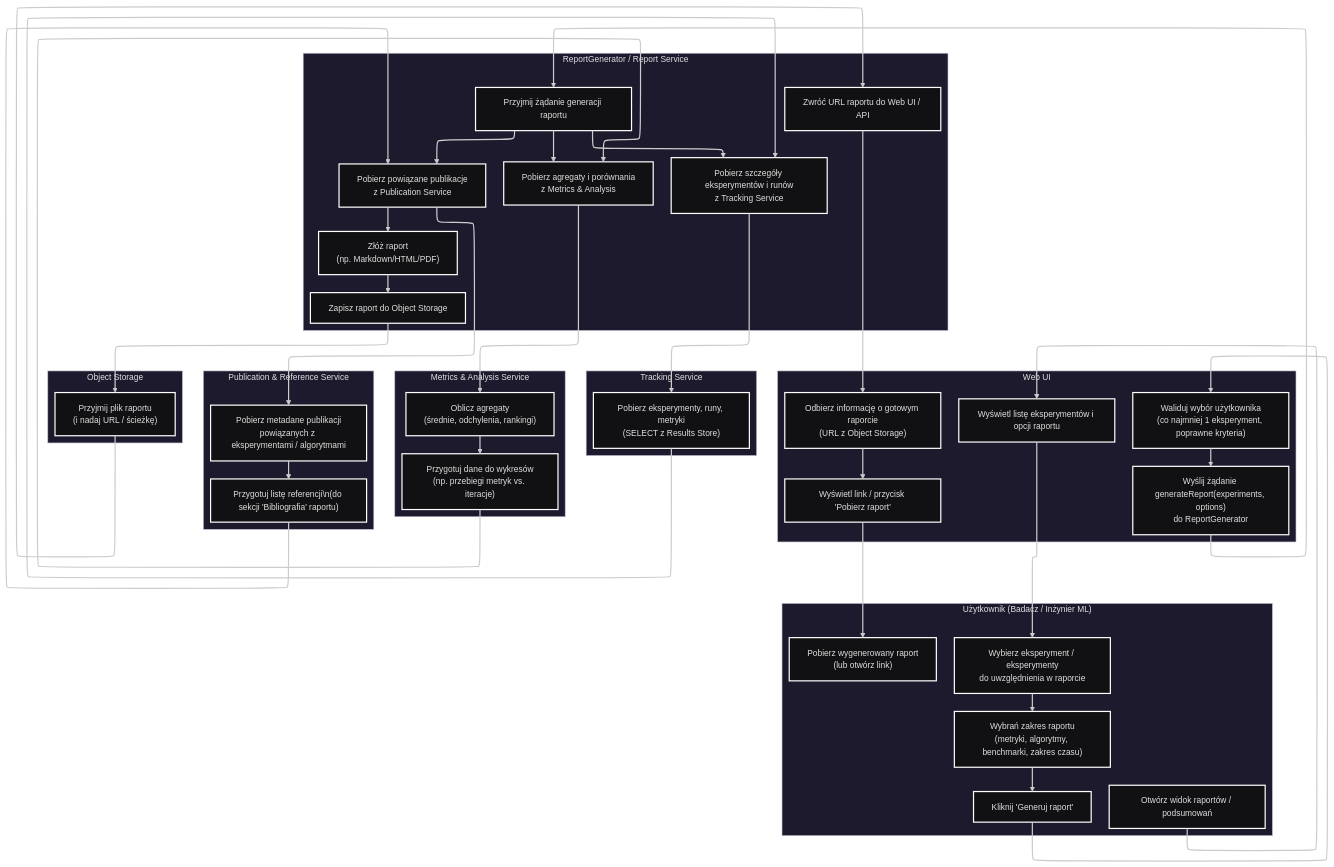
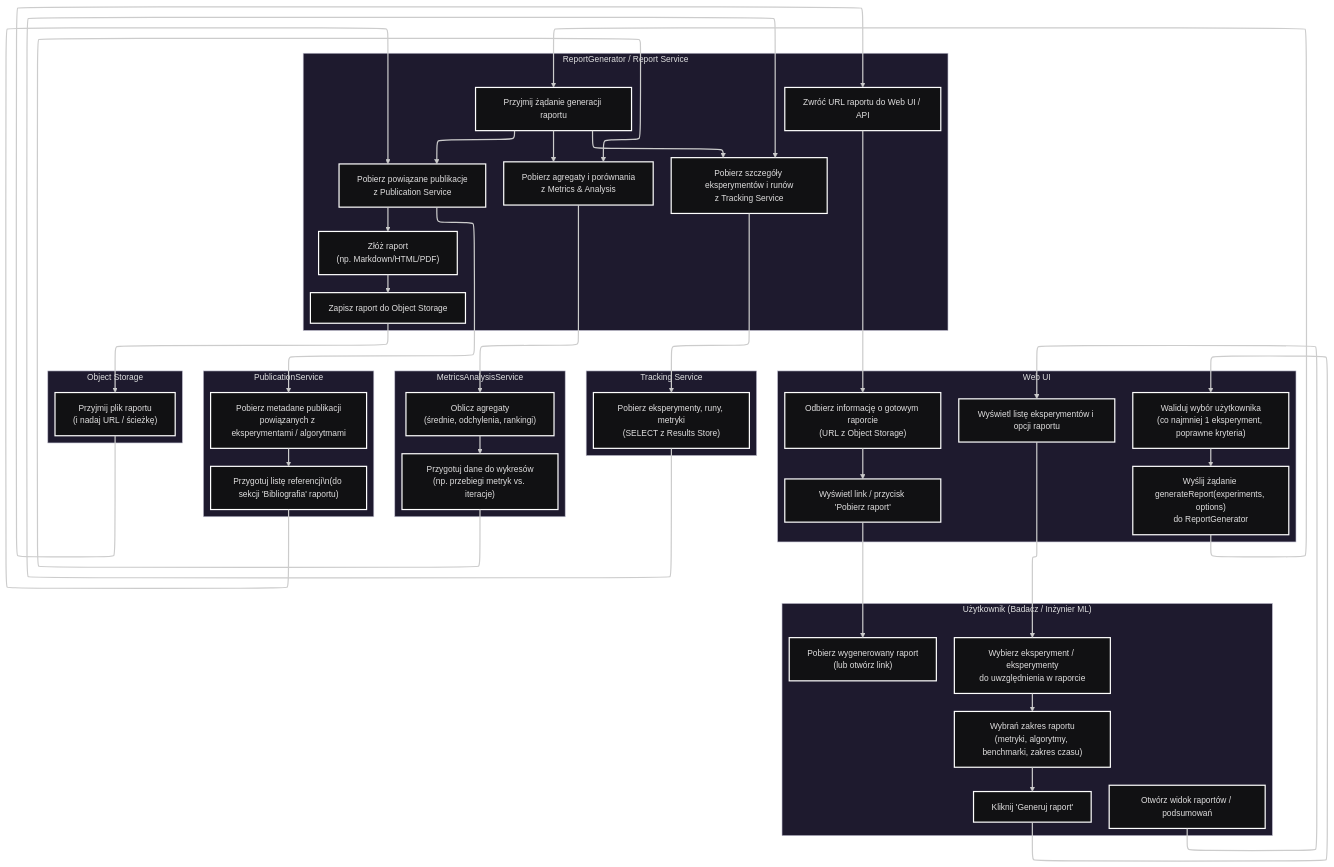
Diagram 34 of 35 in docs/system_c4_architecture.md (jedrzejpolaczek/aviarium.corvidae.corvus_corone), drawn with Mermaid before and after one commit. The commit also changed other lines of this file, not shown here.

````diff
--- a/docs/system_c4_architecture.md
+++ b/docs/system_c4_architecture.md
@@ -2472,70 +2866,70 @@
 ```mermaid
 ---
 config:
   layout: elk
   theme: redux-dark
 ---
 flowchart TB
  subgraph USER["Użytkownik (Badacz / Inżynier ML)"]
         U1["Otwórz widok raportów / podsumowań"]
         U2["Wybierz eksperyment / eksperymenty\ndo uwzględnienia w raporcie"]
         U3["Wybrań zakres raportu\n(metryki, algorytmy, benchmarki, zakres czasu)"]
         U4@{ label: "Kliknij 'Generuj raport'" }
         U5["Pobierz wygenerowany raport\n(lub otwórz link)"]
   end
  subgraph UI["Web UI"]
         W1["Wyświetl listę eksperymentów i opcji raportu"]
         W2["Waliduj wybór użytkownika\n(co najmniej 1 eksperyment, poprawne kryteria)"]
         W3["Wyślij żądanie generateReport(experiments, options)\ndo ReportGenerator"]
         W4["Odbierz informację o gotowym raporcie\n(URL z Object Storage)"]
         W5@{ label: "Wyświetl link / przycisk 'Pobierz raport'" }
   end
  subgraph REP["ReportGenerator / Report Service"]
         R1["Przyjmij żądanie generacji raportu"]
         R2["Pobierz szczegóły eksperymentów i runów\nz Tracking Service"]
         R3["Pobierz agregaty i porównania\nz Metrics & Analysis"]
         R4["Pobierz powiązane publikacje\nz Publication Service"]
         R5["Złóż raport\n(np. Markdown/HTML/PDF)"]
         R6["Zapisz raport do Object Storage"]
         R7["Zwróć URL raportu do Web UI / API"]
   end
  subgraph TRK["Tracking Service"]
         T1["Pobierz eksperymenty, runy, metryki\n(SELECT z Results Store)"]
   end
- subgraph MNA["Metrics & Analysis Service"]
+ subgraph MNA["MetricsAnalysisService"]
         M1["Oblicz agregaty\n(średnie, odchylenia, rankingi)"]
         M2["Przygotuj dane do wykresów\n(np. przebiegi metryk vs. iteracje)"]
   end
- subgraph PUB["Publication & Reference Service"]
+ subgraph PUB["PublicationService"]
         P1["Pobierz metadane publikacji\npowiązanych z eksperymentami / algorytmami"]
         P2@{ label: "Przygotuj listę referencji\\n(do sekcji 'Bibliografia' raportu)" }
   end
  subgraph OBJ["Object Storage"]
         O1["Przyjmij plik raportu\n(i nadaj URL / ścieżkę)"]
   end
     U1 --> W1
     W1 --> U2
     U2 --> U3
     U3 --> U4
     U4 --> W2
     W2 --> W3
     W3 --> R1
     R1 --> R2 & R3 & R4
     R2 --> T1
     R3 --> M1
     M1 --> M2
     R4 --> P1 & R5
     P1 --> P2
     T1 --> R2
     M2 --> R3
     P2 --> R4
     R5 --> R6
     R6 --> O1
     O1 --> R7
     R7 --> W4
     W4 --> W5
     W5 --> U5
     U4@{ shape: rect}
     W5@{ shape: rect}
     P2@{ shape: rect}
 ```
````
